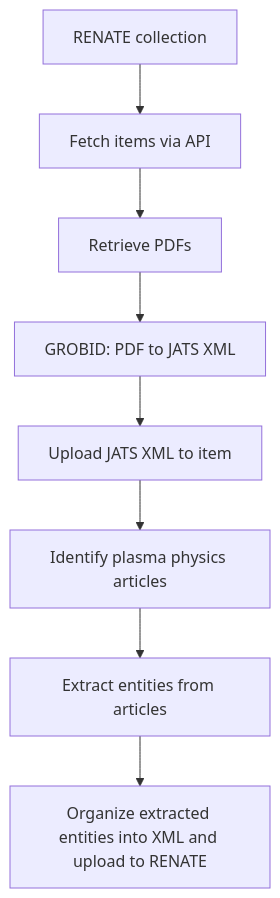
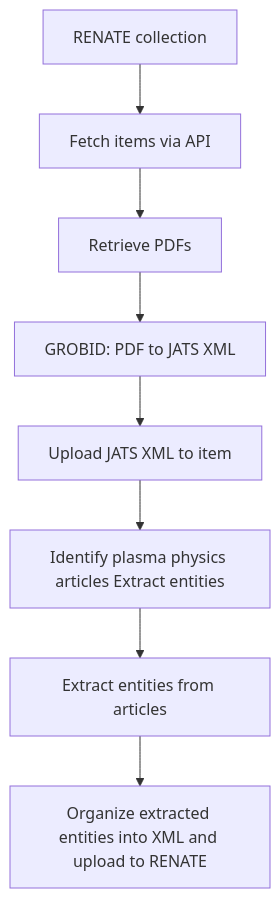
Before and after one commit to Mehr-OA/PDF-to-XML: the diagram in README.md, drawn with Mermaid.

````diff
--- a/README.md
+++ b/README.md
@@ -16,10 +16,10 @@
 ```mermaid
 flowchart TD
     A[RENATE collection] --> B[Fetch items via API]
     B --> C[Retrieve PDFs]
     C --> D[GROBID: PDF to JATS XML]
     D --> E[Upload JATS XML to item]
-    E --> F[Identify plasma physics articles]
+    E --> F[Identify plasma physics articles Extract entities]
     F --> G[Extract entities from articles]
     G --> H[Organize extracted entities into XML and upload to RENATE]
 ```
````
